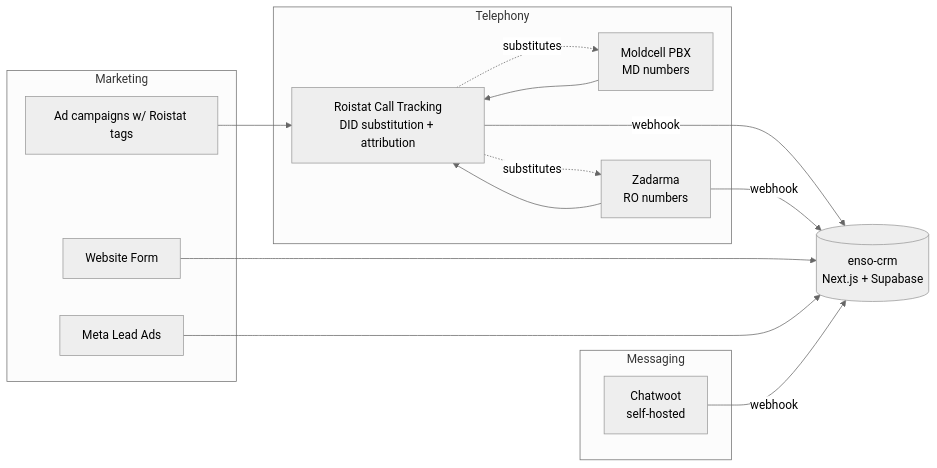
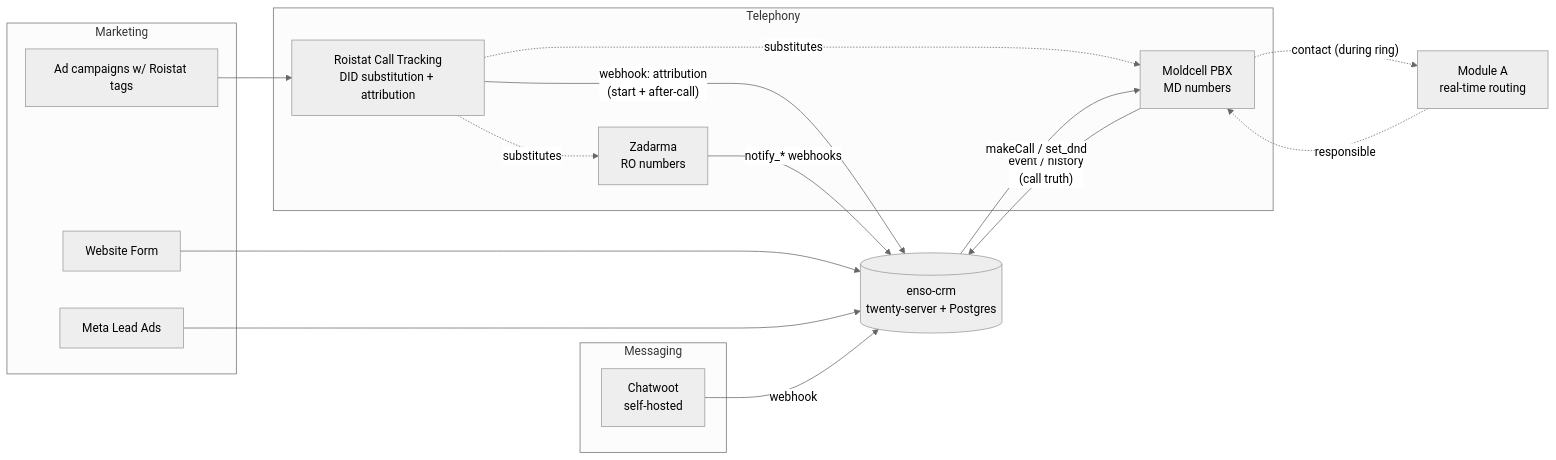
The diagram in docs/integrations_api_summary.md (corporateready/enso-crm), drawn with Mermaid (neutral theme) before and after one commit. The commit also changed other lines of this file and 23 other files, not shown here.

First line of the commit message:
feat(enso): inbound call intake — Moldcell PBX + Roistat (#173)

````diff
--- a/docs/integrations_api_summary.md
+++ b/docs/integrations_api_summary.md
@@ -56,31 +68,34 @@
 ```mermaid
 flowchart LR
   subgraph Marketing
     Web[Website Form]
     Meta[Meta Lead Ads]
     Ads[Ad campaigns w/ Roistat tags]
   end
 
   subgraph Telephony
     MC[Moldcell PBX<br/>MD numbers]
     ZD[Zadarma<br/>RO numbers]
     R[Roistat Call Tracking<br/>DID substitution + attribution]
   end
 
   subgraph Messaging
     CW[Chatwoot<br/>self-hosted]
   end
 
   Ads --> R
   R -.substitutes.-> MC
   R -.substitutes.-> ZD
-  MC --> R
-  ZD --> R
-  R -- webhook --> CRM
-  ZD -- webhook --> CRM
+  R -- "webhook: attribution<br/>(start + after-call)" --> CRM
+  MC -- "event / history<br/>(call truth)" --> CRM
+  MC -. "contact (during ring)" .-> A
+  A -. "responsible" .-> MC
+  ZD -- "notify_* webhooks" --> CRM
+  CRM -- "makeCall / set_dnd" --> MC
   Web --> CRM
   Meta --> CRM
   CW -- webhook --> CRM
 
-  CRM[(enso-crm<br/>Next.js + Supabase)]
+  A[Module A<br/>real-time routing]
+  CRM[(enso-crm<br/>twenty-server + Postgres)]
 ```
````
